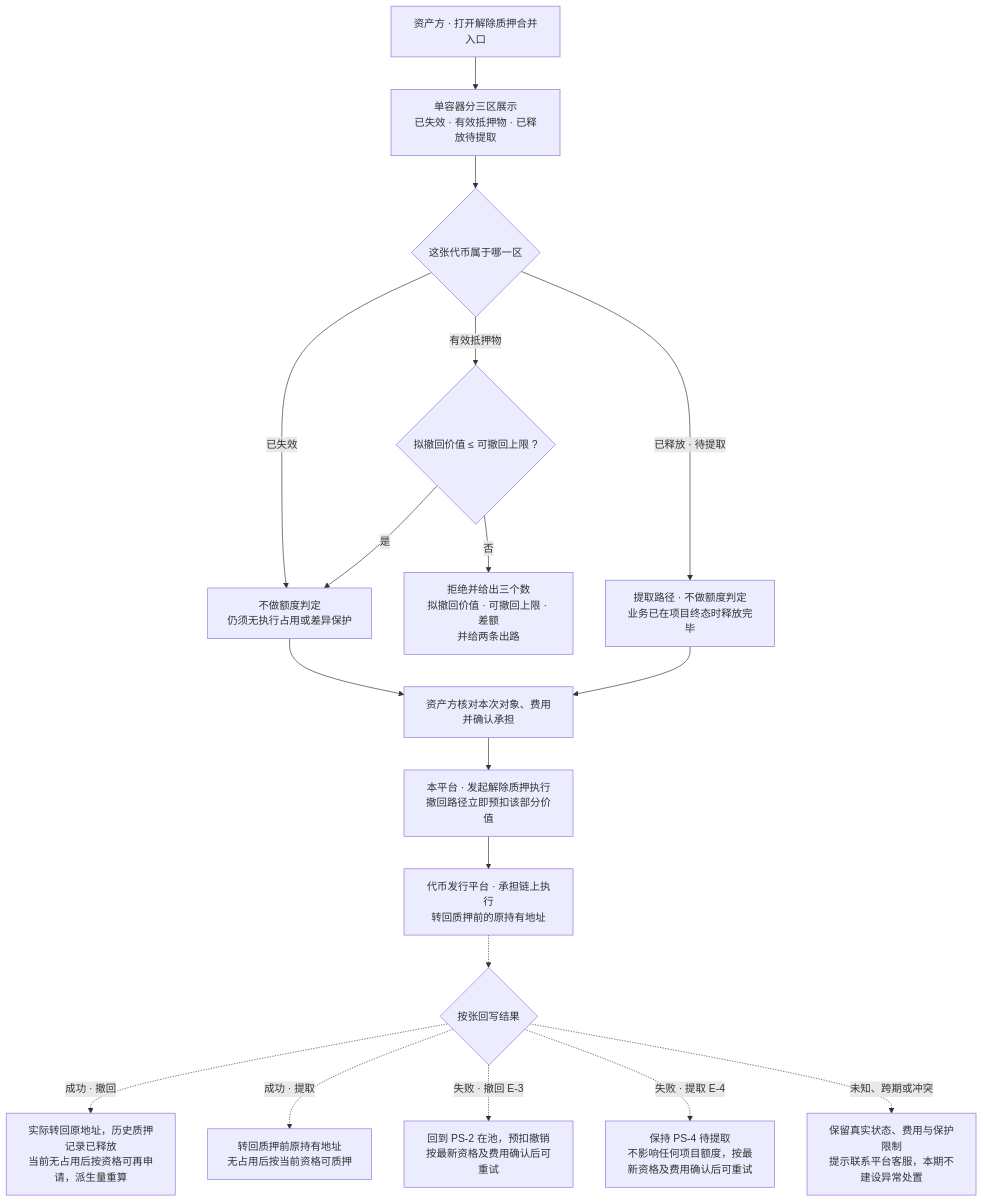
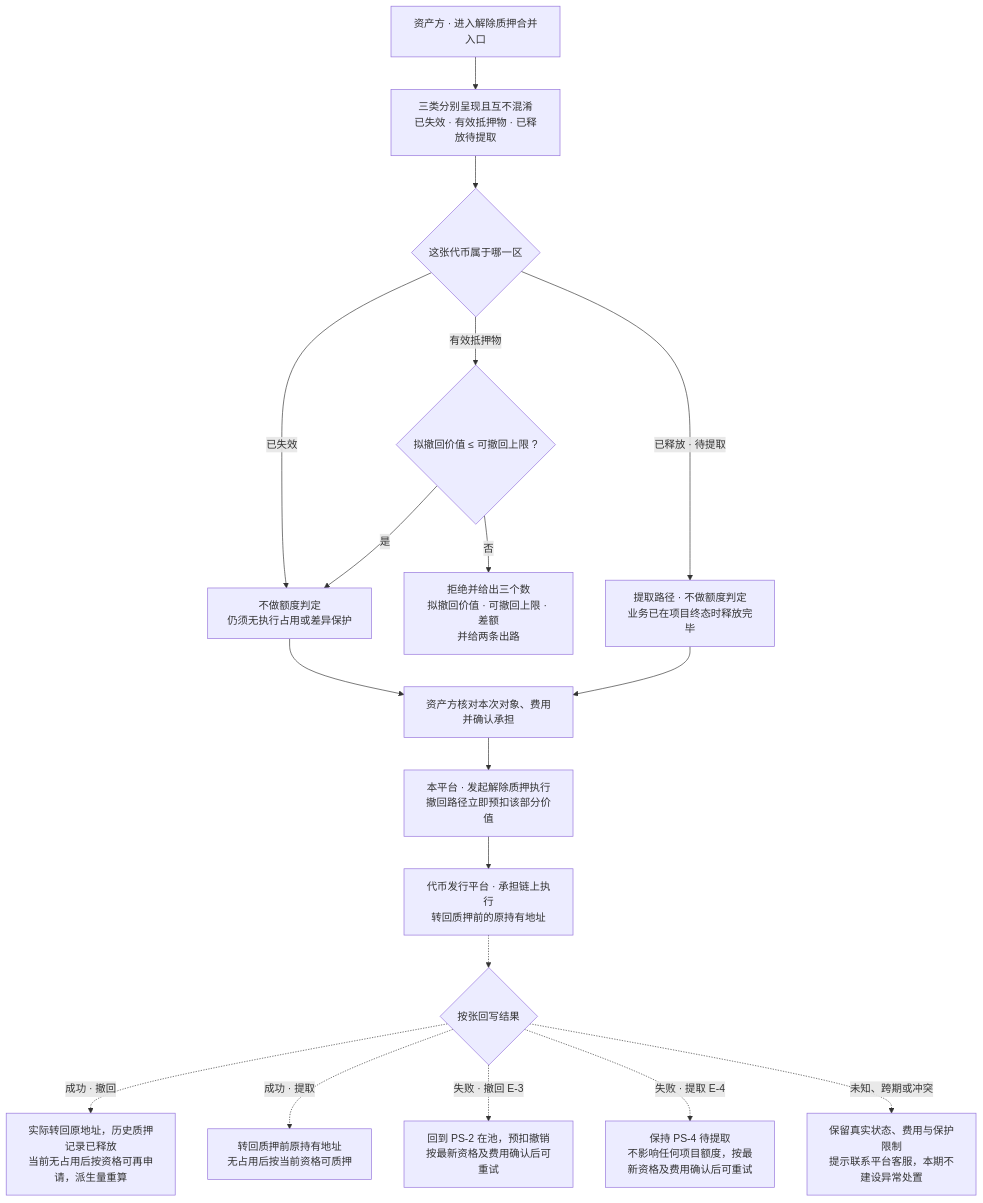
The third of 10 diagrams in lending-platform/PRD/v1.0-借贷广场-融资需求与代币质押/02-融资需求与代币质押-流程图与状态机.md (wxblockchain/Chain-Financing), drawn with Mermaid before and after one commit. The commit also changed other lines of this file and 4 other files, not shown here.

````diff
--- a/lending-platform/PRD/v1.0-借贷广场-融资需求与代币质押/02-融资需求与代币质押-流程图与状态机.md
+++ b/lending-platform/PRD/v1.0-借贷广场-融资需求与代币质押/02-融资需求与代币质押-流程图与状态机.md
@@ -97,20 +97,20 @@
 ```mermaid
 flowchart TD
-  A["资产方 · 打开解除质押合并入口"] --> B["单容器分三区展示<br/>已失效 · 有效抵押物 · 已释放待提取"]
+  A["资产方 · 进入解除质押合并入口"] --> B["三类分别呈现且互不混淆<br/>已失效 · 有效抵押物 · 已释放待提取"]
   B --> C{"这张代币属于哪一区"}
   C -- "已失效" --> D["不做额度判定<br/>仍须无执行占用或差异保护"]
   C -- "有效抵押物" --> E{"拟撤回价值 ≤ 可撤回上限 ?"}
   E -- "否" --> F["拒绝并给出三个数<br/>拟撤回价值 · 可撤回上限 · 差额<br/>并给两条出路"]
   E -- "是" --> D
   C -- "已释放 · 待提取" --> G["提取路径 · 不做额度判定<br/>业务已在项目终态时释放完毕"]
   D --> CONF["资产方核对本次对象、费用并确认承担"]
   CONF --> H["本平台 · 发起解除质押执行<br/>撤回路径立即预扣该部分价值"]
   G --> CONF
   H --> I["代币发行平台 · 承担链上执行<br/>转回质押前的原持有地址"]
   I -.-> J{"按张回写结果"}
   J -. "成功 · 撤回" .-> K["实际转回原地址，历史质押记录已释放<br/>当前无占用后按资格可再申请，派生量重算"]
   J -. "成功 · 提取" .-> L["转回质押前原持有地址<br/>无占用后按当前资格可质押"]
   J -. "失败 · 撤回 E-3" .-> M["回到 PS-2 在池，预扣撤销<br/>按最新资格及费用确认后可重试"]
   J -. "失败 · 提取 E-4" .-> N["保持 PS-4 待提取<br/>不影响任何项目额度，按最新资格及费用确认后可重试"]
   J -. "未知、跨期或冲突" .-> O["保留真实状态、费用与保护限制<br/>提示联系平台客服，本期不建设异常处置"]
 ```
````
